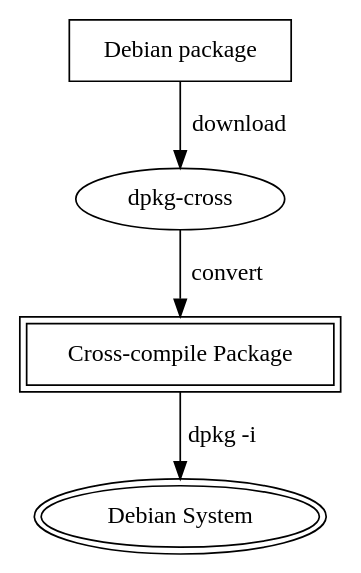
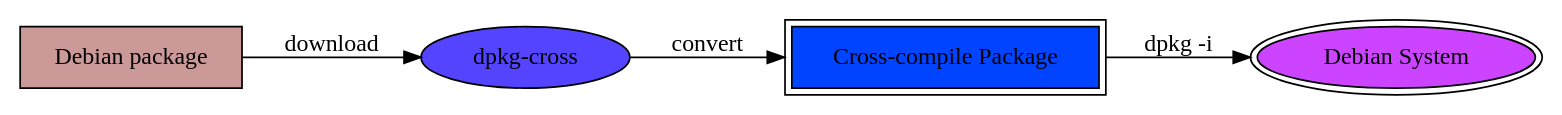
Before and after one commit to dancerj/monthly-report: the diagram in image200709/apt-cross.dot, drawn with Graphviz. The commit also changed 13 other files, not shown here.

```diff
--- a/image200709/apt-cross.dot
+++ b/image200709/apt-cross.dot
@@ -1,9 +1,11 @@
 digraph G {
-#graph [size = "2.3, 1.2", rankdir = LR];
-"Debian package" [shape = "box"];
-"Cross-compile Package" [shape = "box" peripheries = 2];
-"Debian System" [peripheries = 2];
+graph [rankdir = LR];
+node [shape = "ellipse"];
+"Debian package" [shape = "box" ,style = filled,fillcolor = "#CC9999"];
+"Cross-compile Package" [shape = "box" peripheries = 2, style = filled, fillcolor="#0044ff"];
+"Debian System" [peripheries = 2,style = filled, fillcolor="#CC44ff"];
+"dpkg-cross" [shape = "ellipse", style = filled, fillcolor="#5544ff"];
 "Debian package" -> "dpkg-cross" [shape = "ellipse", label = "download"];
 "dpkg-cross" -> "Cross-compile Package" [label = "convert"];
 "Cross-compile Package" -> "Debian System" [ label = "dpkg -i"];
 }
```
